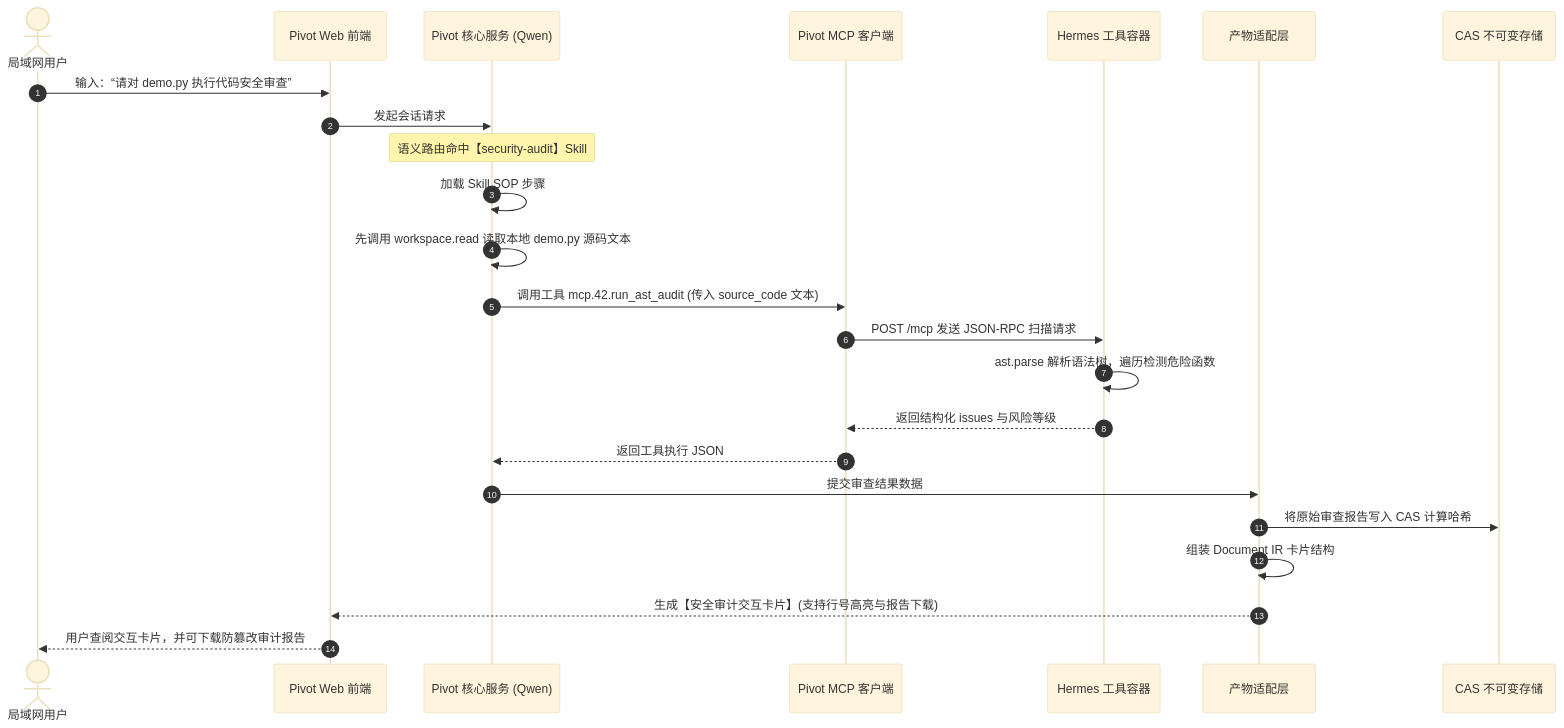
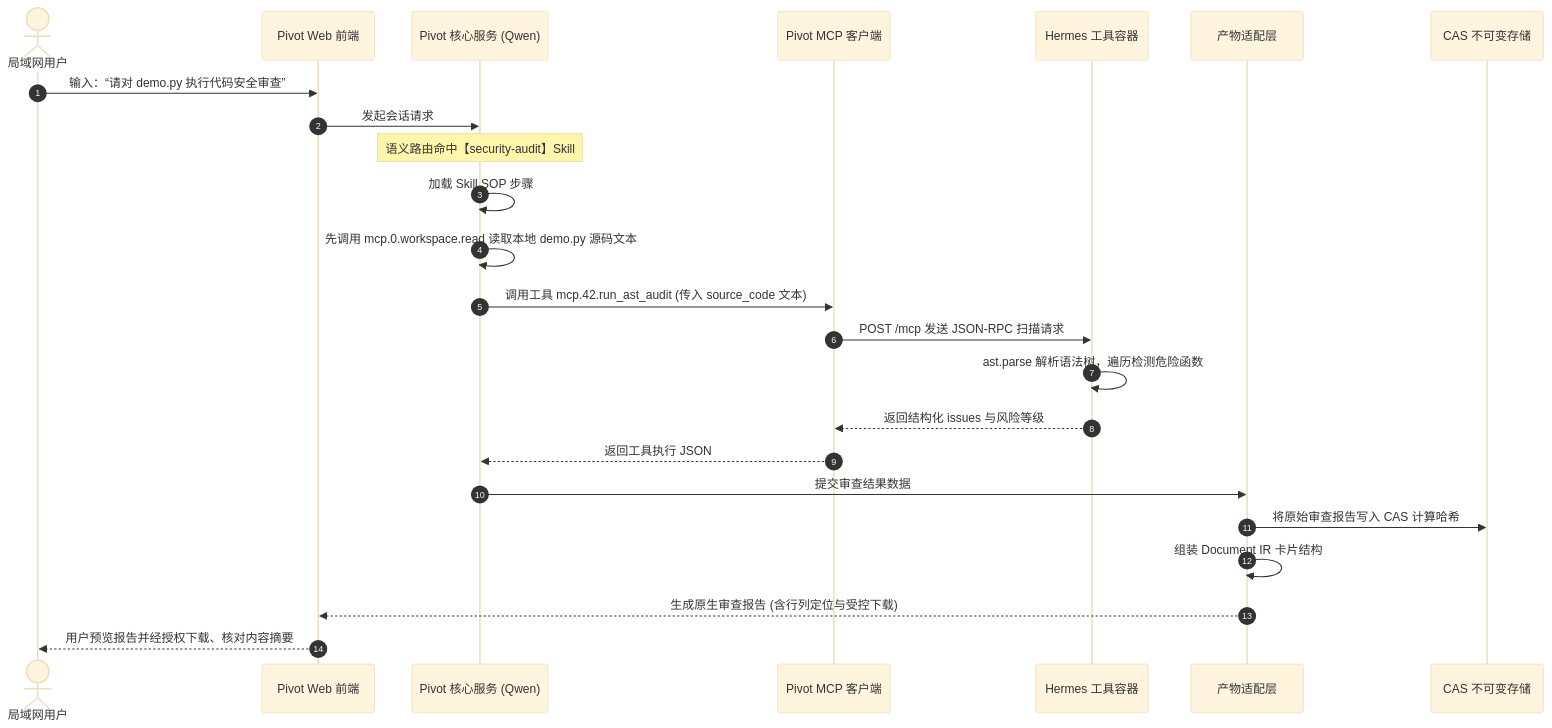
Before and after one commit to jeja2023/pivot: the fifth of 5 diagrams in Pivot开源工具离线移植与深度集成全景指南.md, drawn with Mermaid (base theme). The commit also changed other lines of this file and 42 other files, not shown here.

First line of the commit message:
feat(release): 发布 v0.7.32 - 离线工具受控集成与知识图谱微圆排版重构

````diff
--- a/Pivot开源工具离线移植与深度集成全景指南.md
+++ b/Pivot开源工具离线移植与深度集成全景指南.md
@@ -644,27 +423,27 @@
 ```mermaid
 sequenceDiagram
     autonumber
     actor User as 局域网用户
     participant Web as Pivot Web 前端
     participant Kernel as Pivot 核心服务 (Qwen)
     participant MCP as Pivot MCP 客户端
     participant Hermes as Hermes 工具容器
     participant Adaptor as 产物适配层
     participant CAS as CAS 不可变存储
 
     User->>Web: 输入：“请对 demo.py 执行代码安全审查”
     Web->>Kernel: 发起会话请求
     Note over Kernel: 语义路由命中【security-audit】Skill
     Kernel->>Kernel: 加载 Skill SOP 步骤
-    Kernel->>Kernel: 先调用 workspace.read 读取本地 demo.py 源码文本
+    Kernel->>Kernel: 先调用 mcp.0.workspace.read 读取本地 demo.py 源码文本
     Kernel->>MCP: 调用工具 mcp.42.run_ast_audit (传入 source_code 文本)
     MCP->>Hermes: POST /mcp 发送 JSON-RPC 扫描请求
     Hermes->>Hermes: ast.parse 解析语法树，遍历检测危险函数
     Hermes-->>MCP: 返回结构化 issues 与风险等级
     MCP-->>Kernel: 返回工具执行 JSON
     Kernel->>Adaptor: 提交审查结果数据
     Adaptor->>CAS: 将原始审查报告写入 CAS 计算哈希
     Adaptor->>Adaptor: 组装 Document IR 卡片结构
-    Adaptor-->>Web: 生成【安全审计交互卡片】(支持行号高亮与报告下载)
-    Web-->>User: 用户查阅交互卡片，并可下载防篡改审计报告
+    Adaptor-->>Web: 生成原生审查报告 (含行列定位与受控下载)
+    Web-->>User: 用户预览报告并经授权下载、核对内容摘要
 ```
````
